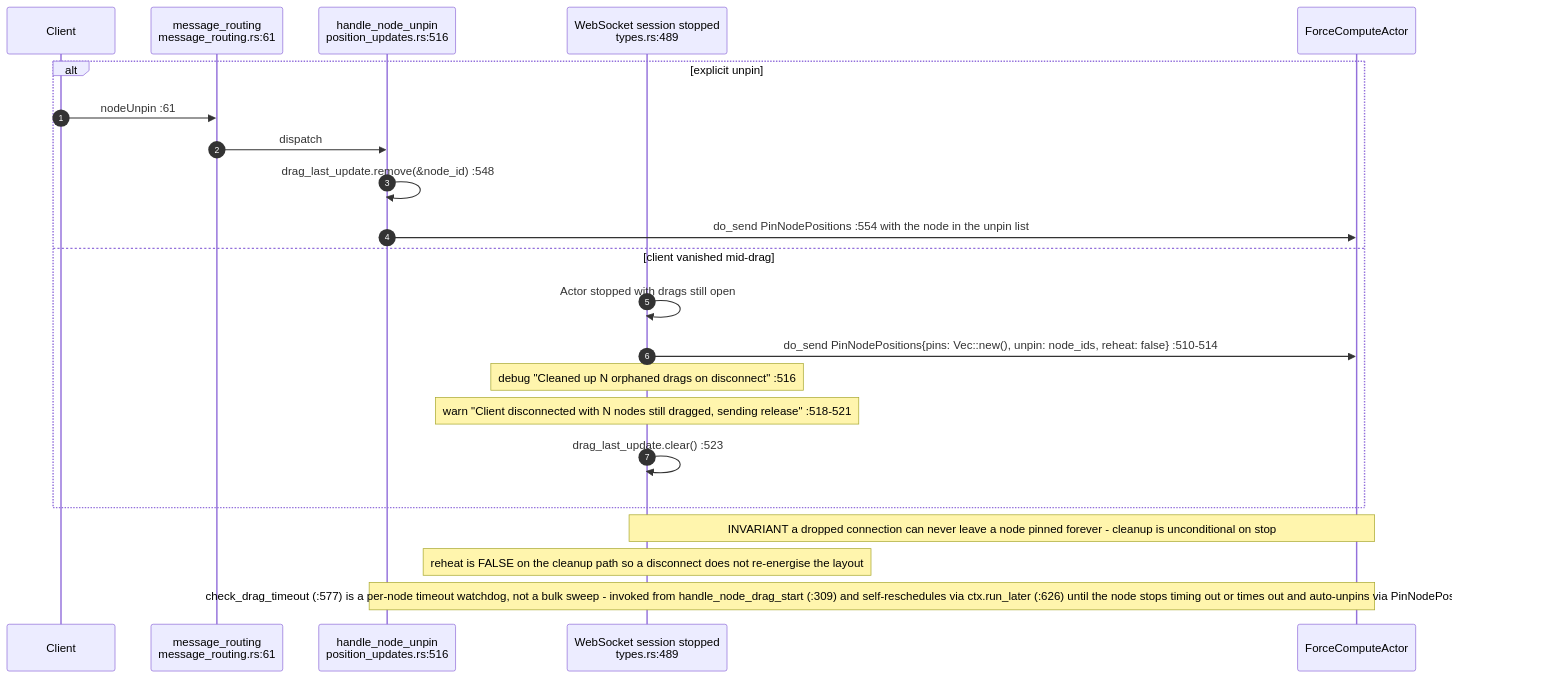
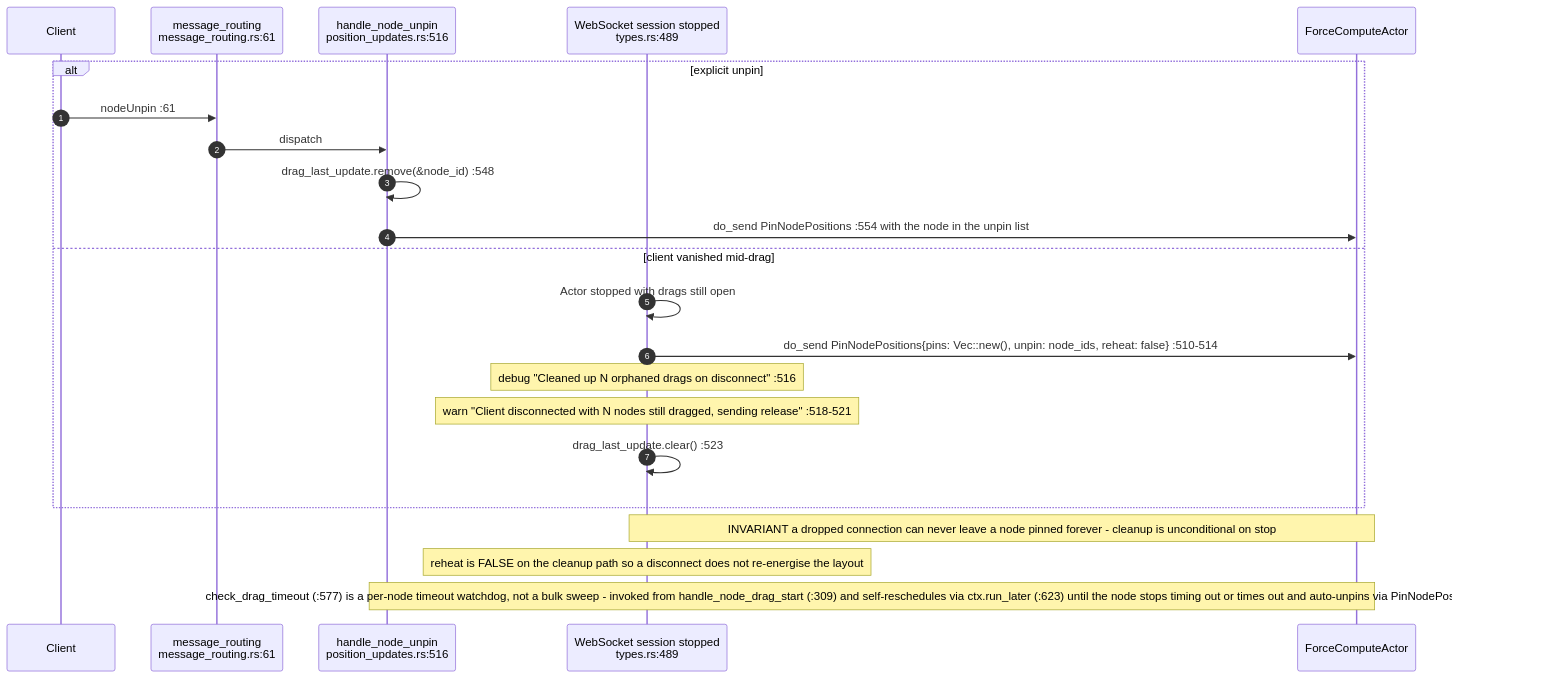
The third of 8 diagrams in docs/diagrams/visionclaw/16-interaction-drag-pin-layout.md (DreamLab-AI/VisionFlow), drawn with Mermaid before and after one commit. The commit also changed 39 other files, not shown here.

````diff
--- a/docs/diagrams/visionclaw/16-interaction-drag-pin-layout.md
+++ b/docs/diagrams/visionclaw/16-interaction-drag-pin-layout.md
@@ -95,25 +95,25 @@
 ```mermaid
 sequenceDiagram
     autonumber
     participant C as Client
     participant MR as message_routing<br/>message_routing.rs:61
     participant HU as handle_node_unpin<br/>position_updates.rs:516
     participant SESS as WebSocket session stopped<br/>types.rs:489
     participant FCA as ForceComputeActor
 
     alt explicit unpin
         C->>MR: nodeUnpin :61
         MR->>HU: dispatch
         HU->>HU: drag_last_update.remove(&node_id) :548
         HU->>FCA: do_send PinNodePositions :554 with the node in the unpin list
     else client vanished mid-drag
         SESS->>SESS: Actor stopped with drags still open
         SESS->>FCA: do_send PinNodePositions{pins: Vec::new(), unpin: node_ids, reheat: false} :510-514
         Note over SESS: debug "Cleaned up N orphaned drags on disconnect" :516
         Note over SESS: warn "Client disconnected with N nodes still dragged, sending release" :518-521
         SESS->>SESS: drag_last_update.clear() :523
     end
     Note over SESS,FCA: INVARIANT a dropped connection can never leave a node pinned forever - cleanup is unconditional on stop
     Note over SESS: reheat is FALSE on the cleanup path so a disconnect does not re-energise the layout
-    Note over HU,FCA: check_drag_timeout (:577) is a per-node timeout watchdog, not a bulk sweep - invoked from handle_node_drag_start (:309) and self-reschedules via ctx.run_later (:626) until the node stops timing out or times out and auto-unpins via PinNodePositions (:594-616)
+    Note over HU,FCA: check_drag_timeout (:577) is a per-node timeout watchdog, not a bulk sweep - invoked from handle_node_drag_start (:309) and self-reschedules via ctx.run_later (:623) until the node stops timing out or times out and auto-unpins via PinNodePositions (:594-616)
 ```
````
